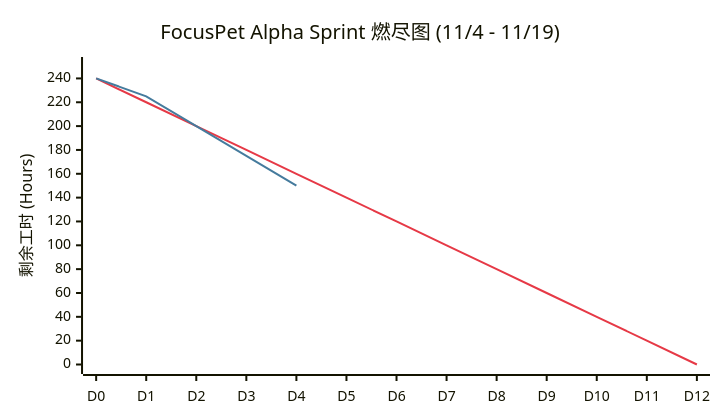
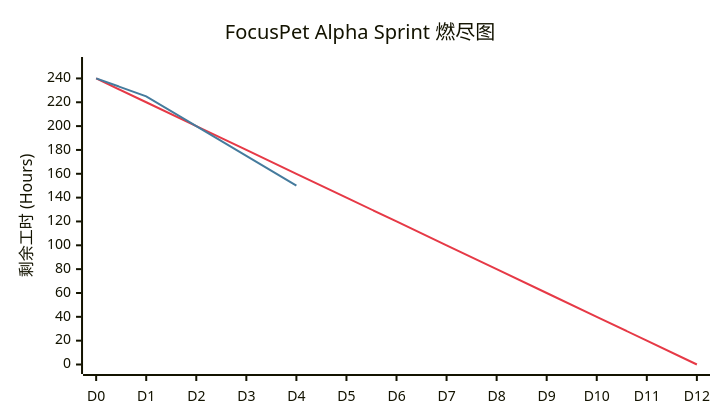
The diagram in _posts/2025-11-05-blog-post-11.md (milkieTigera/milkieTigera.github.io), drawn with Mermaid before and after one commit. The commit also changed other lines of this file, not shown here.

````diff
--- a/_posts/2025-11-05-blog-post-11.md
+++ b/_posts/2025-11-05-blog-post-11.md
@@ -264,19 +298,19 @@
 ```mermaid
 ---
 config:
     xyChart:
         width: 700
         height: 400
     themeVariables:
         xyChart:
             plotColorPalette: "#e63946, #457b9d"
 ---
 xychart-beta
-    title "FocusPet Alpha Sprint 燃尽图 (11/4 - 11/19)"
+    title "FocusPet Alpha Sprint 燃尽图"
     x-axis ["D0", "D1", "D2", "D3", "D4", "D5", "D6", "D7", "D8", "D9", "D10", "D11", "D12"]
     y-axis "剩余工时 (Hours)" 0 --> 250
     %% 下面第一行是理想线 (240 -> 0)
     line [240, 220, 200, 180, 160, 140, 120, 100, 80, 60, 40, 20, 0]
     %% 下面第二行是实际剩余工时 (你需要每天修改这里的数字)
     line [240, 225, 200, 175, 150]
 ```
````
